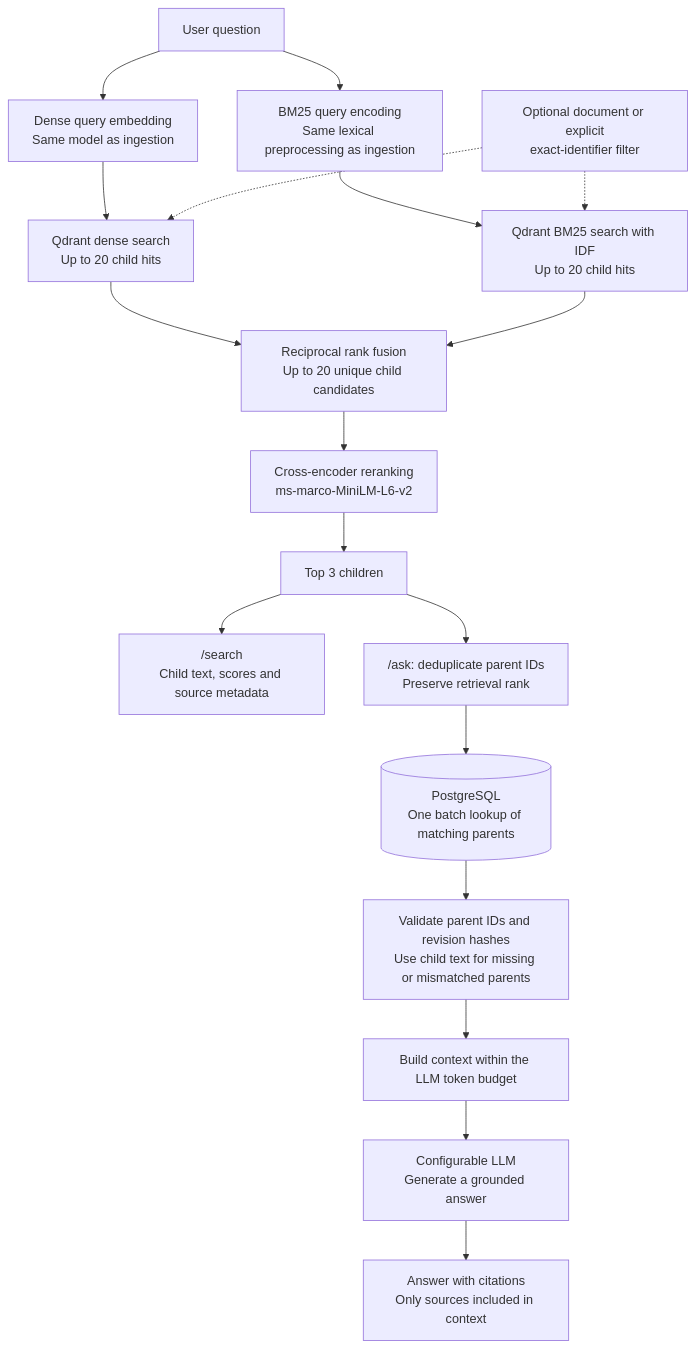
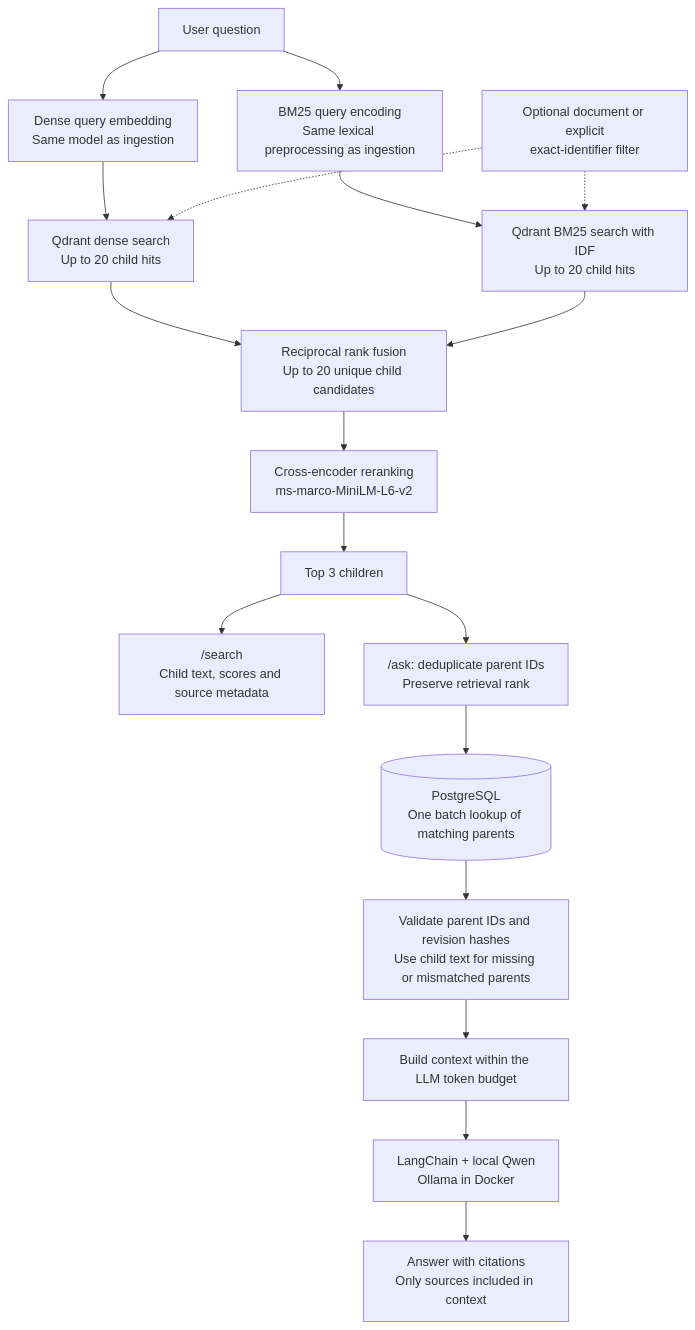
One commit to Nikoo-Asadnejad/Security-Knowledge-Assistant changed the second of 2 diagrams in README.md. Above: the diagram before and after it, drawn with Mermaid. The commit also changed other lines of this file and 16 other files, not shown here.

Commit message:
feat: add grounded answers with local Ollama generation

````diff
--- a/README.md
+++ b/README.md
@@ -68,20 +72,20 @@
 ```mermaid
 flowchart TD
     question["User question"] --> dense["Dense query embedding<br/>Same model as ingestion"]
     question --> sparse["BM25 query encoding<br/>Same lexical preprocessing as ingestion"]
     dense --> semantic["Qdrant dense search<br/>Up to 20 child hits"]
     sparse --> lexical["Qdrant BM25 search with IDF<br/>Up to 20 child hits"]
     filters["Optional document or explicit<br/>exact-identifier filter"] -.-> semantic
     filters -.-> lexical
     semantic --> fusion["Reciprocal rank fusion<br/>Up to 20 unique child candidates"]
     lexical --> fusion
     fusion --> rerank["Cross-encoder reranking<br/>ms-marco-MiniLM-L6-v2"]
     rerank --> top["Top 3 children"]
     top --> search["/search<br/>Child text, scores and source metadata"]
     top --> deduplicate["/ask: deduplicate parent IDs<br/>Preserve retrieval rank"]
     deduplicate --> parents[("PostgreSQL<br/>One batch lookup of matching parents")]
     parents --> validate["Validate parent IDs and revision hashes<br/>Use child text for missing or mismatched parents"]
     validate --> context["Build context within the LLM token budget"]
-    context --> llm["Configurable LLM<br/>Generate a grounded answer"]
+    context --> llm["LangChain + local Qwen<br/>Ollama in Docker"]
     llm --> answer["Answer with citations<br/>Only sources included in context"]
 ```
````
